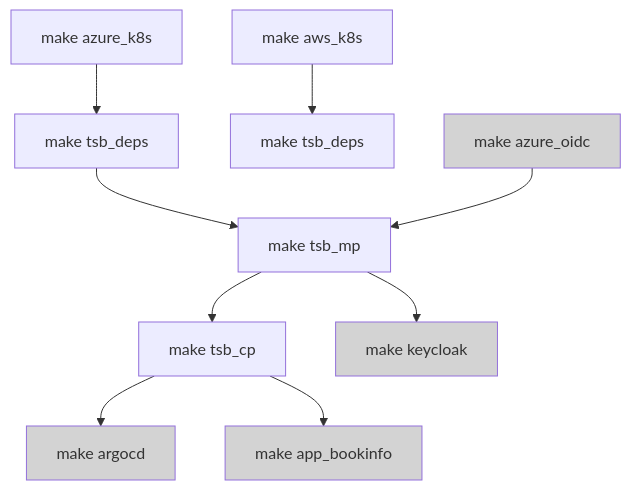
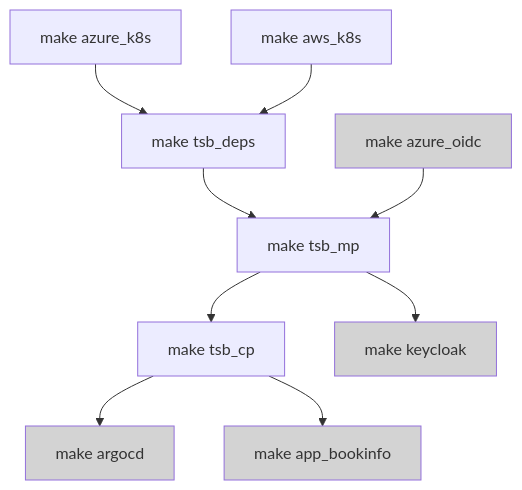
The diagram in README.md (tetratelabs/tetrate-service-bridge-sandbox), drawn with Mermaid before and after one commit.

````diff
--- a/README.md
+++ b/README.md
@@ -8,15 +8,15 @@
 ```mermaid
   graph TD;
       A[make azure_k8s] --> B[make tsb_deps]
-      AA[make aws_k8s] --> BB[make tsb_deps]
+      AA[make aws_k8s] --> B[make tsb_deps]
       B[make tsb_deps] --> C[make tsb_mp]
       Y[make azure_oidc] --> C[make tsb_mp]
       C[make tsb_mp] --> D[make tsb_cp]
       C[make tsb_mp] --> F[make keycloak]
       D[make tsb_cp] --> E[make argocd]
       D[make tsb_cp] --> Z[make app_bookinfo]
       style Z fill:lightgrey
       style Y fill:lightgrey
       style E fill:lightgrey
       style F fill:lightgrey
 ```
````
